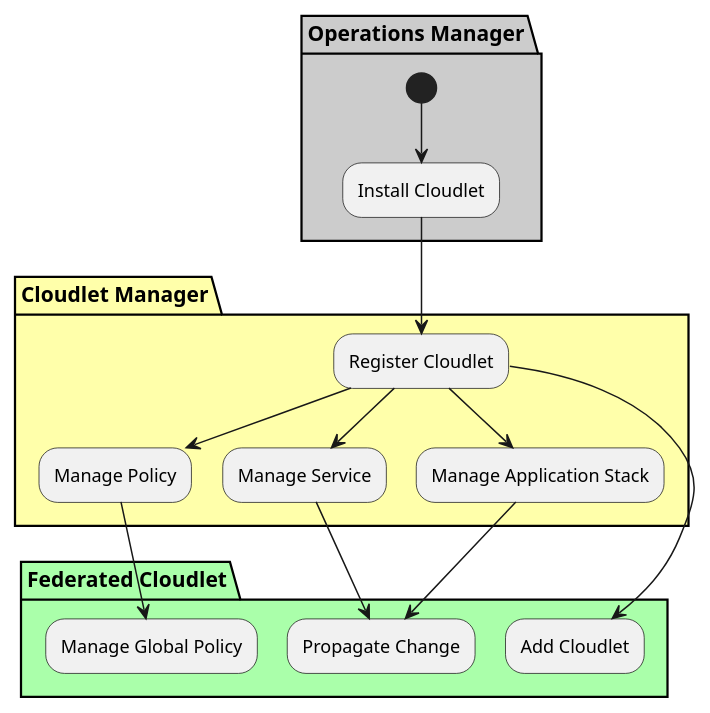
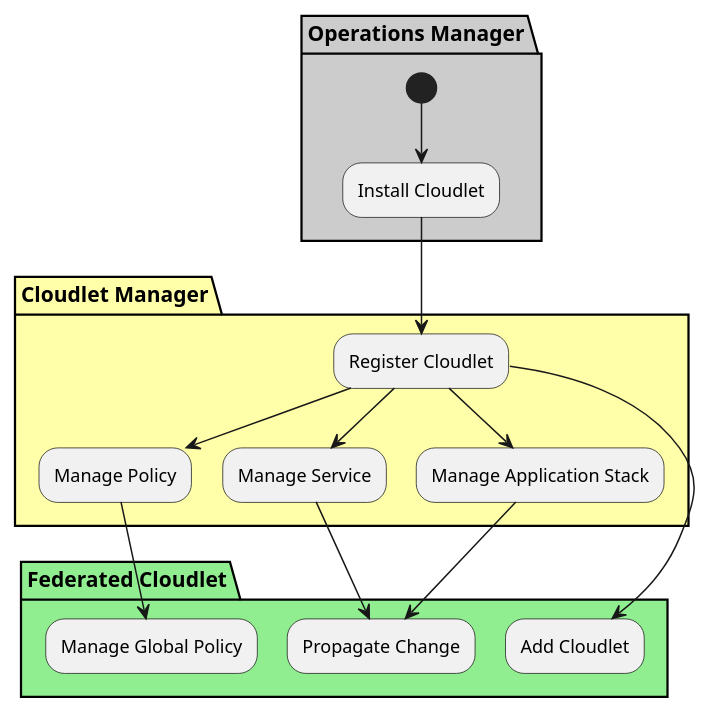
The diagram in docs/Solution/Cloudlet-Manager/Process.puml (CAADE/CloudLet), drawn with PlantUML before and after one commit. The commit also changed 74 other files, not shown here.

```diff
--- a/docs/Solution/Cloudlet-Manager/Process.puml
+++ b/docs/Solution/Cloudlet-Manager/Process.puml
@@ -1,21 +1,21 @@
 @startuml
 
 partition "Operations Manager" #cccccc {
     (*) --> "Install Cloudlet"
 }
 
 partition "Cloudlet Manager" #ffffaa {
     "Install Cloudlet" --> "Register Cloudlet"
     "Register Cloudlet" --> "Manage Policy"
     "Register Cloudlet" --> "Manage Service"
     "Register Cloudlet" --> "Manage Application Stack"
 }
 
-partition "Federated Cloudlet" #aaffaa {
+partition "Federated Cloudlet" #lightgreen {
     "Register Cloudlet" --> "Add Cloudlet"
     "Manage Policy" --> "Manage Global Policy"
     "Manage Service" --> "Propagate Change"
     "Manage Application Stack" --> "Propagate Change"
 }
 
 @enduml
```
